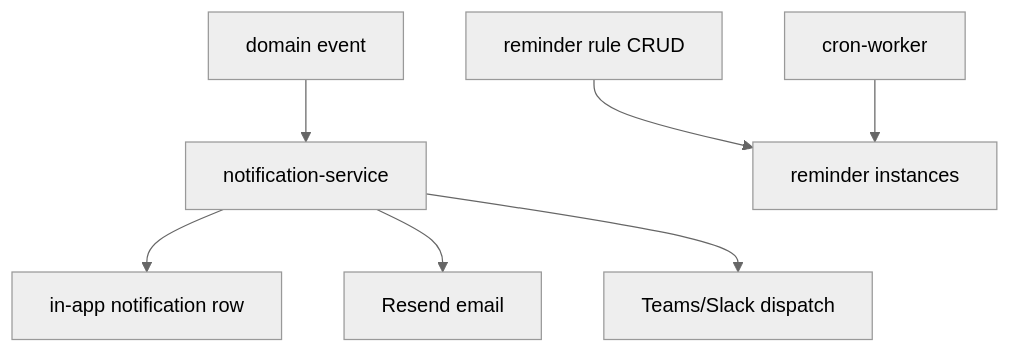
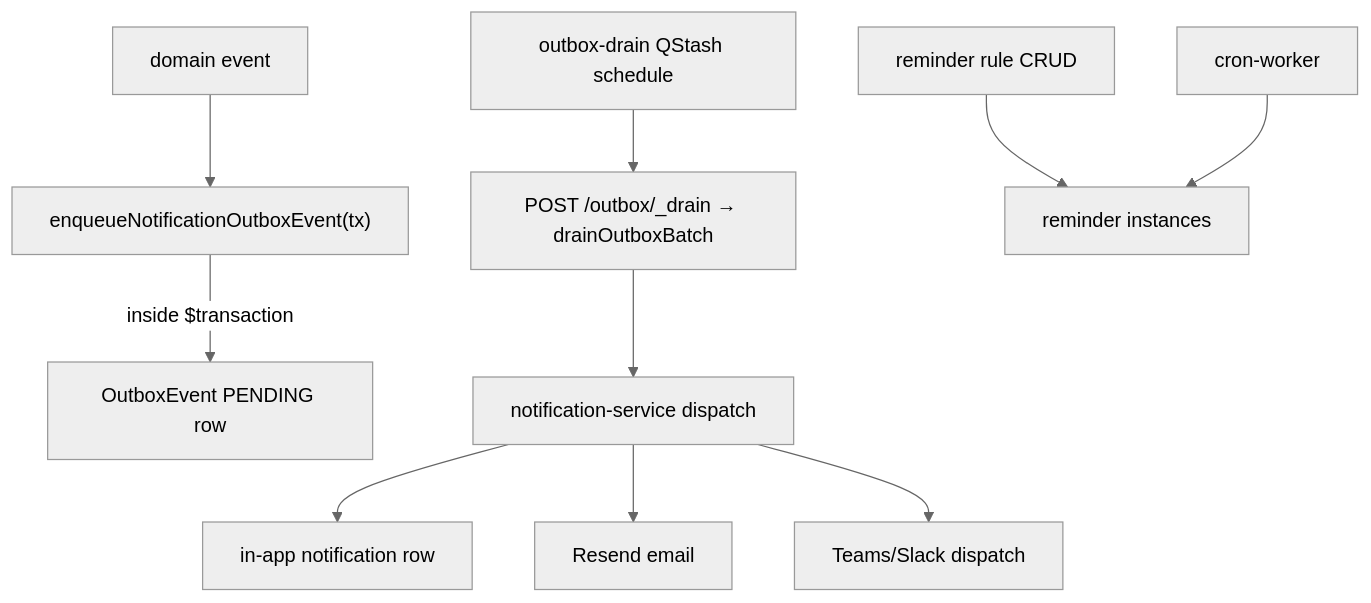
One commit to mateuszpitura/contractor-ops changed the diagram in .planning/brain/wiki/domains/notifications-and-reminders.md. Above: the diagram before and after it, drawn with Mermaid (neutral theme). The commit also changed other lines of this file and 7 other files, not shown here.

First line of the commit message:
feat(outbox): wire drain schedule + typed notification enqueue helper [INT-1-1]

````diff
--- a/.planning/brain/wiki/domains/notifications-and-reminders.md
+++ b/.planning/brain/wiki/domains/notifications-and-reminders.md
@@ -21,9 +24,12 @@
 ```mermaid
 flowchart TD
-  event[domain event] --> notifSvc[notification-service]
+  event[domain event] --> enqueue["enqueueNotificationOutboxEvent(tx)"]
+  enqueue -->|inside $transaction| row[OutboxEvent PENDING row]
+  schedule[outbox-drain QStash schedule] --> drain["POST /outbox/_drain → drainOutboxBatch"]
+  drain --> notifSvc[notification-service dispatch]
   notifSvc --> inApp[in-app notification row]
   notifSvc --> email[Resend email]
   notifSvc --> teams[Teams/Slack dispatch]
   rule[reminder rule CRUD] --> instance[reminder instances]
   cron[cron-worker] --> instance
 ```
````
